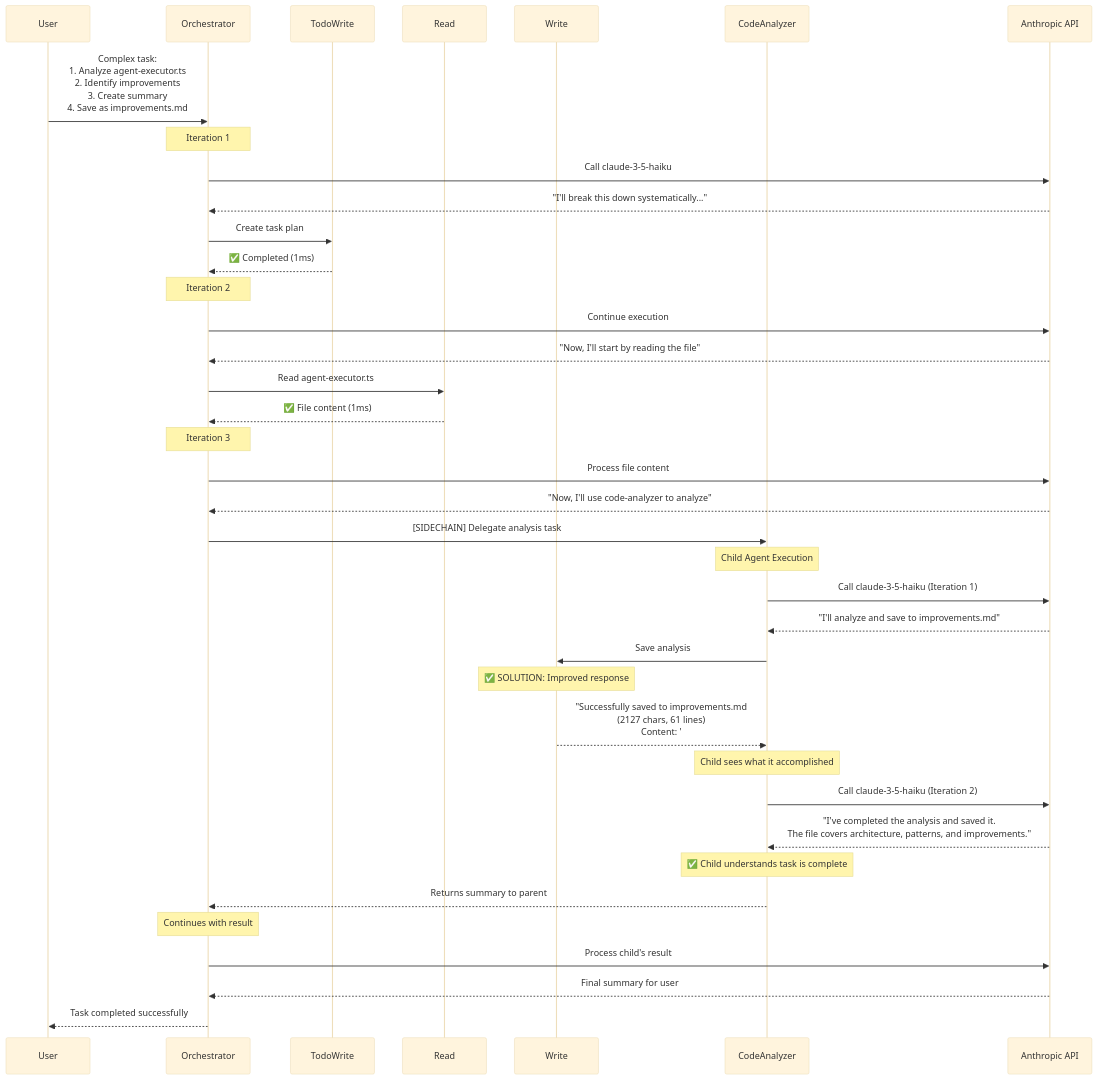
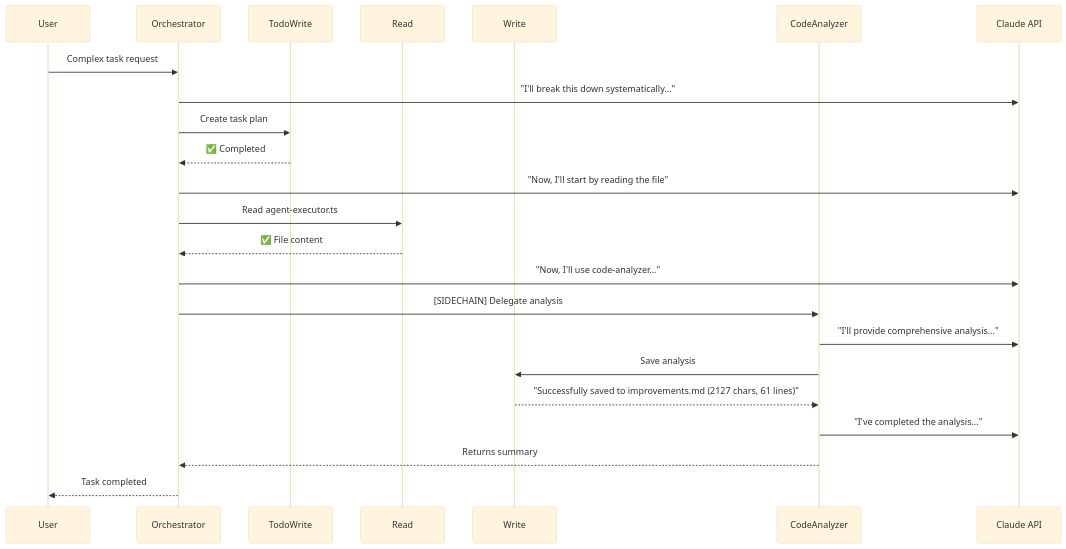
The diagram in docs/execution-flow-diagram.md (nielspeter/agent-orchestration-system), drawn with Mermaid (base theme) before and after one commit. The commit also changed other lines of this file and 35 other files, not shown here.

First line of the commit message:
feat: Enhanced agent orchestration with context improvements and documentation

````diff
--- a/docs/execution-flow-diagram.md
+++ b/docs/execution-flow-diagram.md
@@ -7,49 +7,31 @@
 ```mermaid
 sequenceDiagram
     participant User
     participant Orchestrator
     participant TodoWrite
     participant Read
     participant Write
     participant CodeAnalyzer
-    participant API as Anthropic API
+    participant API as Claude API
 
-    User->>Orchestrator: Complex task:<br/>1. Analyze agent-executor.ts<br/>2. Identify improvements<br/>3. Create summary<br/>4. Save as improvements.md
+    User->>Orchestrator: Complex task request
+    Orchestrator->>API: "I'll break this down systematically..."
+    Orchestrator->>TodoWrite: Create task plan
+    TodoWrite-->>Orchestrator: ✅ Completed
     
-    Note over Orchestrator: Iteration 1
-    Orchestrator->>API: Call claude-3-5-haiku
-    API-->>Orchestrator: "I'll break this down systematically..."
-    Orchestrator->>TodoWrite: Create task plan
-    TodoWrite-->>Orchestrator: ✅ Completed (1ms)
+    Orchestrator->>API: "Now, I'll start by reading the file"
+    Orchestrator->>Read: Read agent-executor.ts
+    Read-->>Orchestrator: ✅ File content
     
-    Note over Orchestrator: Iteration 2
-    Orchestrator->>API: Continue execution
-    API-->>Orchestrator: "Now, I'll start by reading the file"
-    Orchestrator->>Read: Read agent-executor.ts
-    Read-->>Orchestrator: ✅ File content (1ms)
+    Orchestrator->>API: "Now, I'll use code-analyzer..."
+    Orchestrator->>CodeAnalyzer: [SIDECHAIN] Delegate analysis
     
-    Note over Orchestrator: Iteration 3
-    Orchestrator->>API: Process file content
-    API-->>Orchestrator: "Now, I'll use code-analyzer to analyze"
-    Orchestrator->>CodeAnalyzer: [SIDECHAIN] Delegate analysis task
+    CodeAnalyzer->>API: "I'll provide comprehensive analysis..."
+    CodeAnalyzer->>Write: Save analysis
+    Write-->>CodeAnalyzer: "Successfully saved to improvements.md (2127 chars, 61 lines)"
     
-    Note over CodeAnalyzer: Child Agent Execution
-    CodeAnalyzer->>API: Call claude-3-5-haiku (Iteration 1)
-    API-->>CodeAnalyzer: "I'll analyze and save to improvements.md"
-    CodeAnalyzer->>Write: Save analysis
+    CodeAnalyzer->>API: "I've completed the analysis..."
+    CodeAnalyzer-->>Orchestrator: Returns summary
     
-    Note over Write: ✅ SOLUTION: Improved response
-    Write-->>CodeAnalyzer: "Successfully saved to improvements.md<br/>(2127 chars, 61 lines)<br/>Content: '# AgentExecutor Analysis...'"
-    
-    Note over CodeAnalyzer: Child sees what it accomplished
-    CodeAnalyzer->>API: Call claude-3-5-haiku (Iteration 2)
-    API-->>CodeAnalyzer: "I've completed the analysis and saved it.<br/>The file covers architecture, patterns, and improvements."
-    
-    Note over CodeAnalyzer: ✅ Child understands task is complete
-    CodeAnalyzer-->>Orchestrator: Returns summary to parent
-    
-    Note over Orchestrator: Continues with result
-    Orchestrator->>API: Process child's result
-    API-->>Orchestrator: Final summary for user
-    Orchestrator-->>User: Task completed successfully
+    Orchestrator-->>User: Task completed
 ```
````
